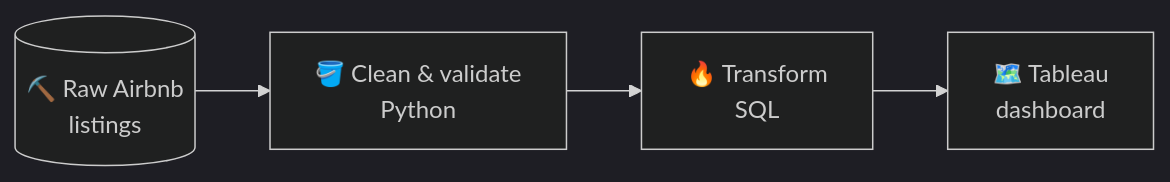
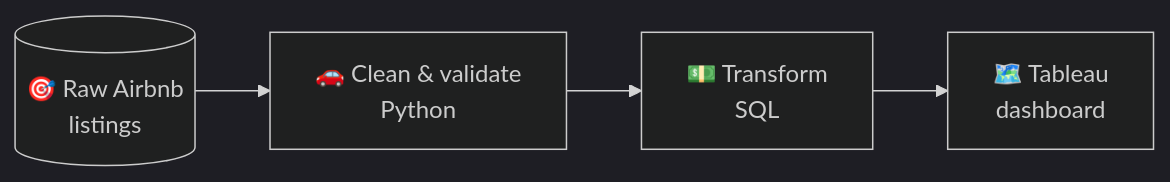
One commit to gaurav190901/gaurav190901 changed the second of 4 diagrams in README.md. Above: the diagram before and after it, drawn with Mermaid (dark theme). The commit also changed other lines of this file and 1 other file, not shown here.

````diff
--- a/README.md
+++ b/README.md
@@ -91,4 +93,4 @@
 ```mermaid
 flowchart LR
-    A[(⛏️ Raw Airbnb<br/>listings)] --> B[🪣 Clean & validate<br/>Python] --> C[🔥 Transform<br/>SQL] --> D[🗺️ Tableau<br/>dashboard]
+    A[(🎯 Raw Airbnb<br/>listings)] --> B[🚗 Clean & validate<br/>Python] --> C[💵 Transform<br/>SQL] --> D[🗺️ Tableau<br/>dashboard]
 ```
````
